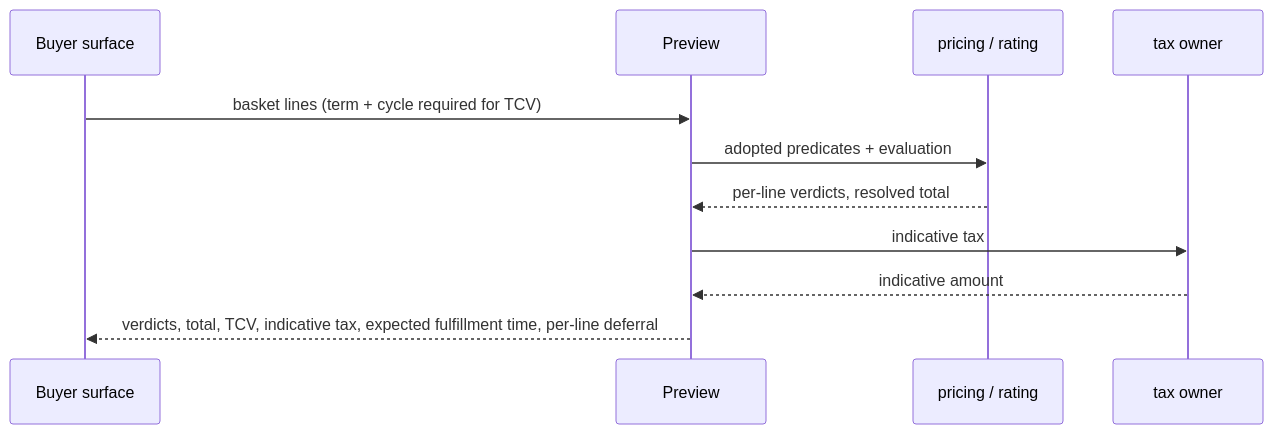
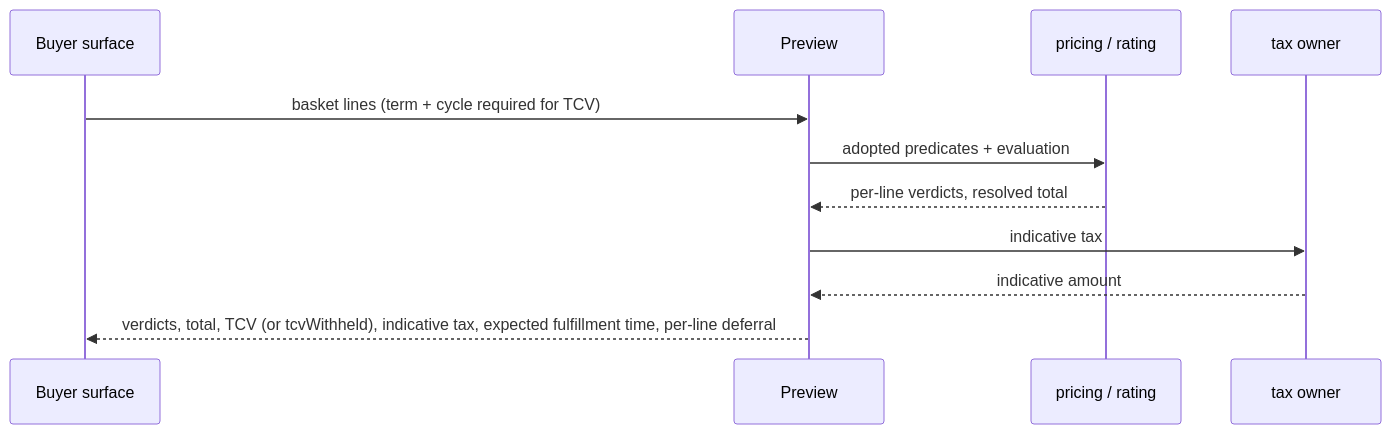
The diagram in gears/bss/orders-lifecycle/docs/design/03-gate-and-pin.md (constructorfabric/gears-rust), drawn with Mermaid before and after one commit. The commit also changed other lines of this file and 33 other files, not shown here.

````diff
--- a/gears/bss/orders-lifecycle/docs/design/03-gate-and-pin.md
+++ b/gears/bss/orders-lifecycle/docs/design/03-gate-and-pin.md
@@ -535,13 +645,13 @@
 ```mermaid
 sequenceDiagram
     participant B as Buyer surface
     participant P as Preview
     participant C as pricing / rating
     participant T as tax owner
     B ->> P: basket lines (term + cycle required for TCV)
     P ->> C: adopted predicates + evaluation
     C -->> P: per-line verdicts, resolved total
     P ->> T: indicative tax
     T -->> P: indicative amount
-    P -->> B: verdicts, total, TCV, indicative tax, expected fulfillment time, per-line deferral
+    P -->> B: verdicts, total, TCV (or tcvWithheld), indicative tax, expected fulfillment time, per-line deferral
 ```
````
